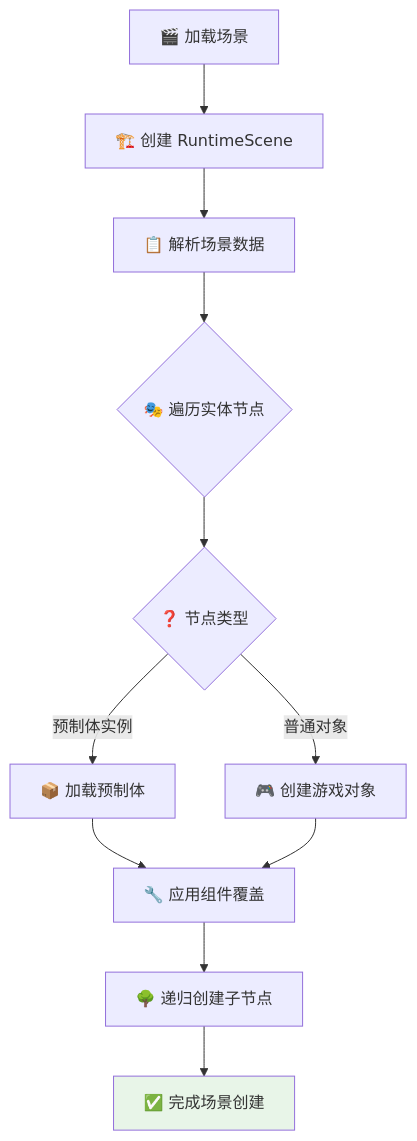
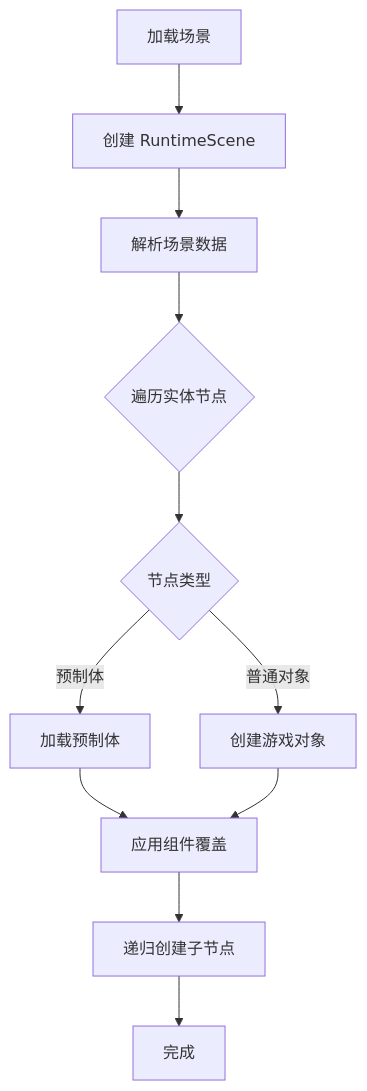
Before and after one commit to NGLSG/Luma: the fourth of 11 diagrams in ARCHITECTURE.md, drawn with Mermaid. The commit also changed other lines of this file and 27 other files, not shown here.

````diff
--- a/ARCHITECTURE.md
+++ b/ARCHITECTURE.md
@@ -111,15 +106,13 @@
 ```mermaid
 graph TD
-    A[🎬 加载场景] --> B[🏗️ 创建 RuntimeScene]
-B --> C[📋 解析场景数据]
-C --> D{🎭 遍历实体节点}
-D --> E{❓ 节点类型}
-E -->|预制体实例| F[📦 加载预制体]
-E -->|普通对象|G[🎮 创建游戏对象]
-F --> H[🔧 应用组件覆盖]
-G --> H
-H --> I[🌳 递归创建子节点]
-I --> J[✅ 完成场景创建]
-
-style J fill:#e8f5e8
+    A[加载场景] --> B[创建 RuntimeScene]
+    B --> C[解析场景数据]
+    C --> D{遍历实体节点}
+    D --> E{节点类型}
+    E -->|预制体| F[加载预制体]
+    E -->|普通对象| G[创建游戏对象]
+    F --> H[应用组件覆盖]
+    G --> H
+    H --> I[递归创建子节点]
+    I --> J[完成]
 ```
````
